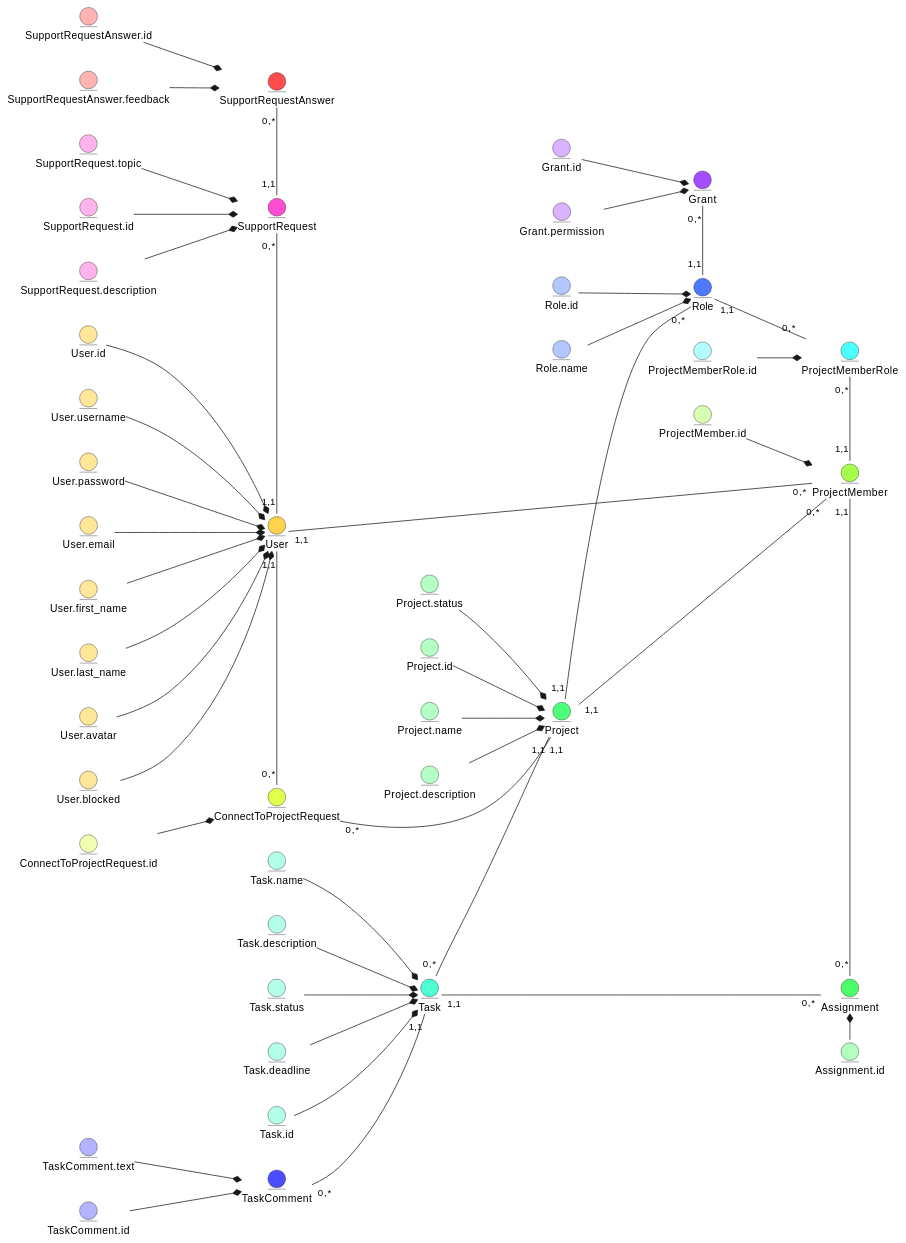
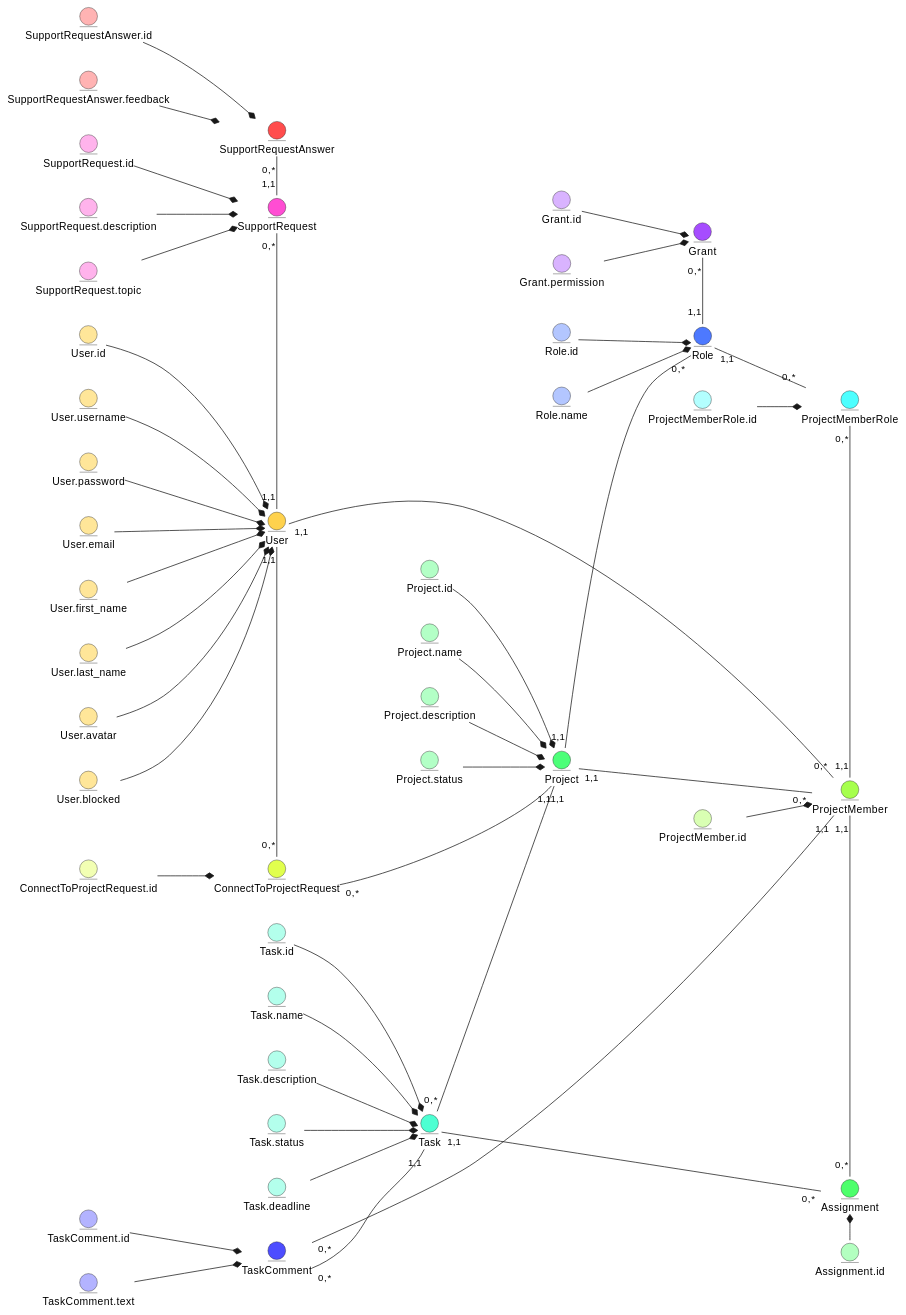
One commit to wiiiolettaaaaa/coursework_database changed the first of 2 diagrams in docs/design/README.md. Above: the diagram before and after it, drawn with PlantUML. The commit also changed other lines of this file, not shown here.

First line of the commit message:
documentation #44: write ER model part 2

```diff
--- a/docs/design/README.md
+++ b/docs/design/README.md
@@ -128,17 +128,22 @@
     ProjectMember "1,1" -r- "0,*" Assignment
     ConnectToProjectRequest "0,*" -l- "1,1" User
     ConnectToProjectRequest "0,*" --- "1,1" Project
+    TaskComment "0,*" -d- "1,1" ProjectMember
 
     SupportRequest "0,*" -r- "1,1" User
     SupportRequestAnswer "0,*" -r- "1,1" SupportRequest
 
-    ConnectToProjectRequest -r[hidden]- Project
+    ConnectToProjectRequest -[hidden]- Project
+    ConnectToProjectRequest -[hidden]- Project
+    ConnectToProjectRequest -[hidden]- Project
+    ConnectToProjectRequest -[hidden]- Project
+    ConnectToProjectRequest -[hidden]- Task
     User  -r[hidden]-  Project
-    Task  -r[hidden]-  Project
     Role  -u[hidden]-  Project
     Assignment  -u[hidden]-  TaskComment
     Grant -u[hidden]--- SupportRequestAnswer
-    ConnectToProjectRequest -[hidden]- Project
     TaskComment -[hidden]- Task
+    TaskComment -[hidden]- Task
+    TaskComment ---[hidden]- Assignment
 
 @enduml
```
